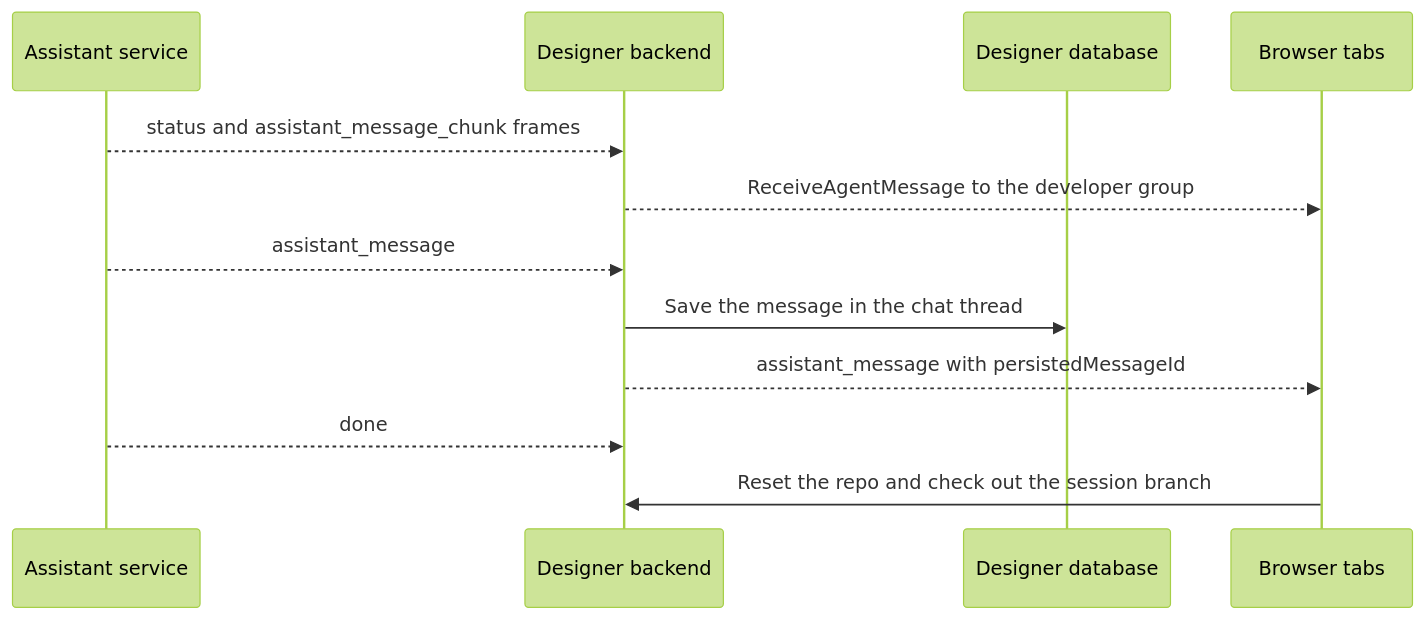
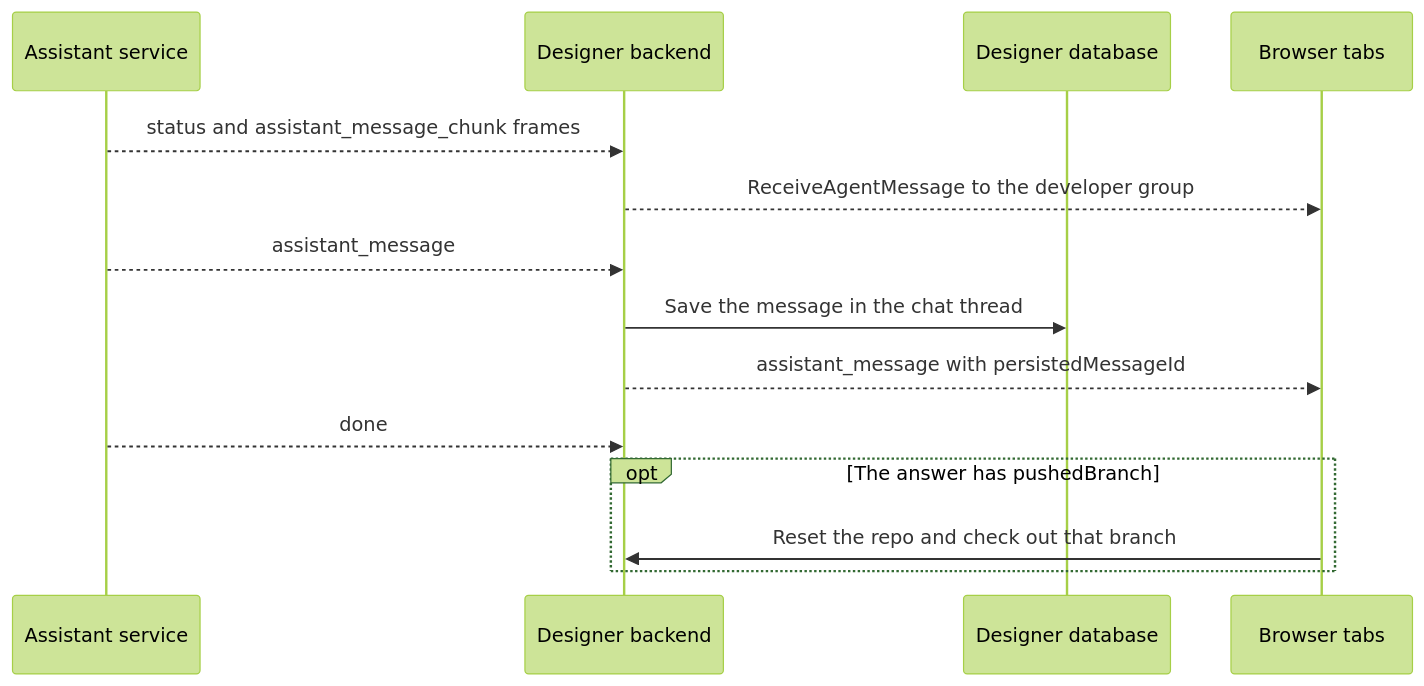
Before and after one commit to Altinn/altinn-studio: the fifth of 10 diagrams in src/AI/assistant/docs/2-system-context.md, drawn with Mermaid (forest theme). The commit also changed 11 other files, not shown here.

First line of the commit message:
fix(assistant): check out the session branch only when a turn pushed it

````diff
--- a/src/AI/assistant/docs/2-system-context.md
+++ b/src/AI/assistant/docs/2-system-context.md
@@ -81,14 +81,16 @@
 ```mermaid
 sequenceDiagram
   participant A as Assistant service
   participant D as Designer backend
   participant DB as Designer database
   participant B as Browser tabs
   A-->>D: status and assistant_message_chunk frames
   D-->>B: ReceiveAgentMessage to the developer group
   A-->>D: assistant_message
   D->>DB: Save the message in the chat thread
   D-->>B: assistant_message with persistedMessageId
   A-->>D: done
-  B->>D: Reset the repo and check out the session branch
+  opt The answer has pushedBranch
+    B->>D: Reset the repo and check out that branch
+  end
 ```
````
